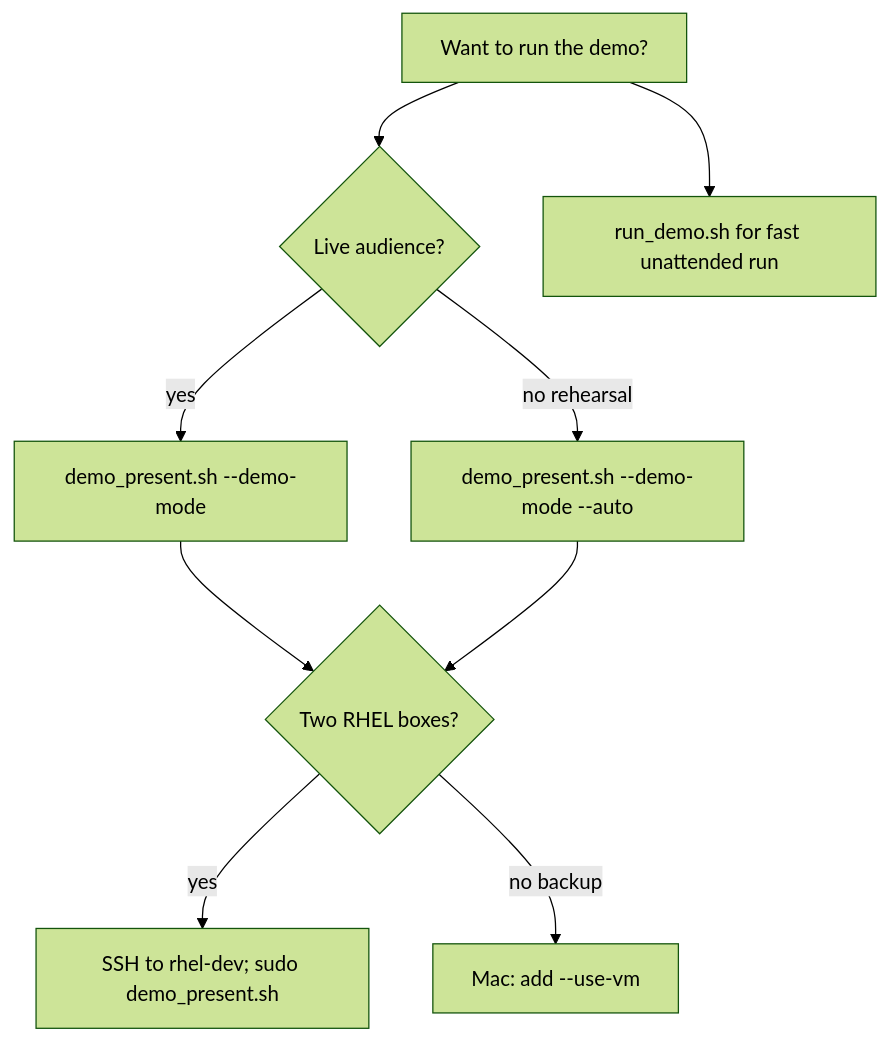
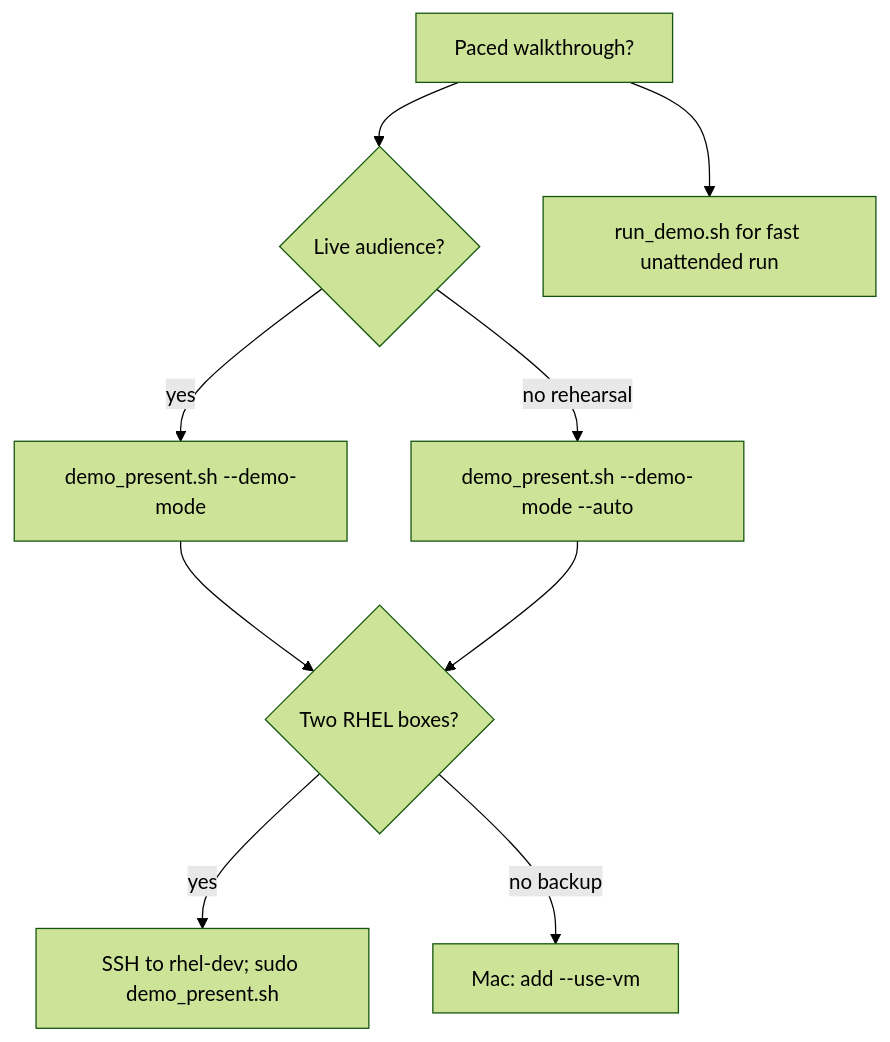
Before and after one commit to anurag-saran/selinux-demo: the diagram in docs/training/DEMO_GUIDE.md, drawn with Mermaid (forest theme). The commit also changed other lines of this file and 54 other files, not shown here.

````diff
--- a/docs/training/DEMO_GUIDE.md
+++ b/docs/training/DEMO_GUIDE.md
@@ -114,11 +114,11 @@
 ```mermaid
 flowchart TD
-  Start[Want to run the demo?] --> Live{Live audience?}
+  Start[Paced walkthrough?] --> Live{Live audience?}
   Live -->|yes| Present["demo_present.sh --demo-mode"]
   Live -->|no rehearsal| Auto["demo_present.sh --demo-mode --auto"]
   Start --> Quick[run_demo.sh for fast unattended run]
   Present --> Host{Two RHEL boxes?}
   Auto --> Host
   Host -->|yes| Sudo[SSH to rhel-dev; sudo demo_present.sh]
   Host -->|no backup| UseVM[Mac: add --use-vm]
 ```
````
